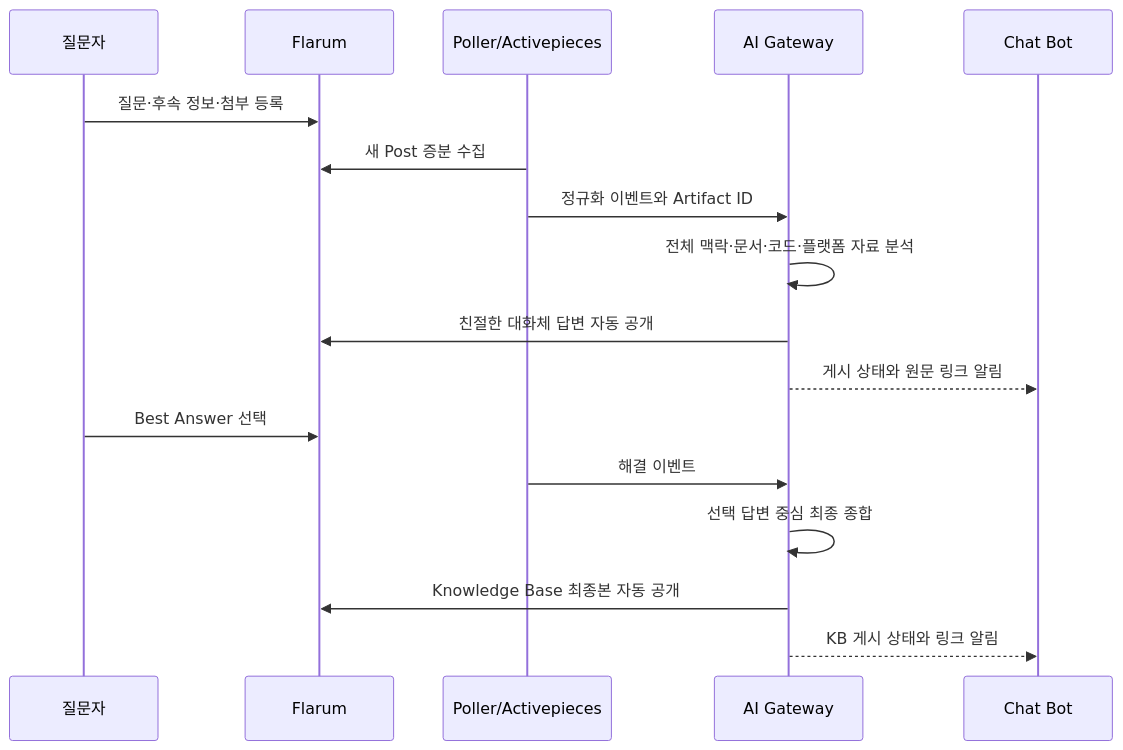
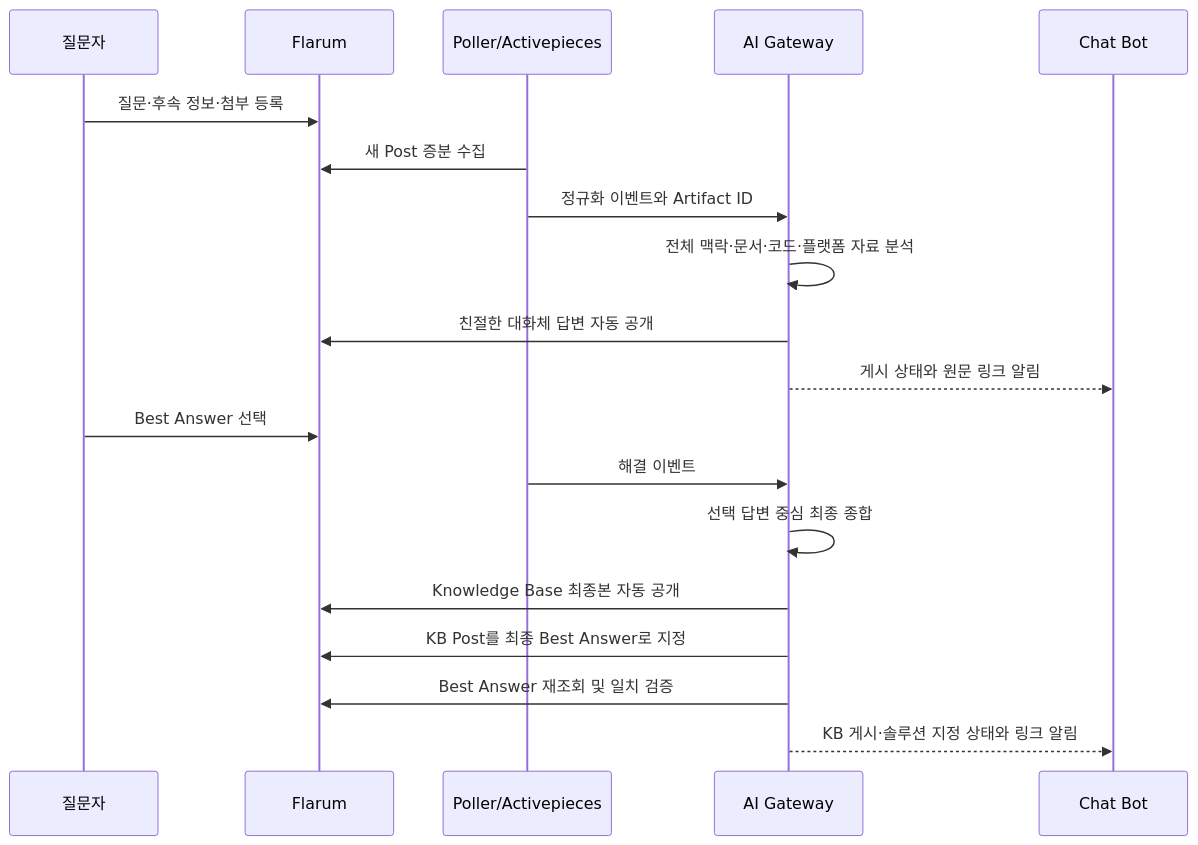
The diagram in docs/plans/issue-69-community-auto-publish-kb-design.md (ablecloud-team/ablestack-techflow), drawn with Mermaid before and after one commit. The commit also changed other lines of this file and 29 other files, not shown here.

````diff
--- a/docs/plans/issue-69-community-auto-publish-kb-design.md
+++ b/docs/plans/issue-69-community-auto-publish-kb-design.md
@@ -9,20 +9,22 @@
 ```mermaid
 sequenceDiagram
     participant U as 질문자
     participant F as Flarum
     participant P as Poller/Activepieces
     participant G as AI Gateway
     participant C as Chat Bot
 
     U->>F: 질문·후속 정보·첨부 등록
     P->>F: 새 Post 증분 수집
     P->>G: 정규화 이벤트와 Artifact ID
     G->>G: 전체 맥락·문서·코드·플랫폼 자료 분석
     G->>F: 친절한 대화체 답변 자동 공개
     G-->>C: 게시 상태와 원문 링크 알림
     U->>F: Best Answer 선택
     P->>G: 해결 이벤트
     G->>G: 선택 답변 중심 최종 종합
     G->>F: Knowledge Base 최종본 자동 공개
-    G-->>C: KB 게시 상태와 링크 알림
+    G->>F: KB Post를 최종 Best Answer로 지정
+    G->>F: Best Answer 재조회 및 일치 검증
+    G-->>C: KB 게시·솔루션 지정 상태와 링크 알림
 ```
````
